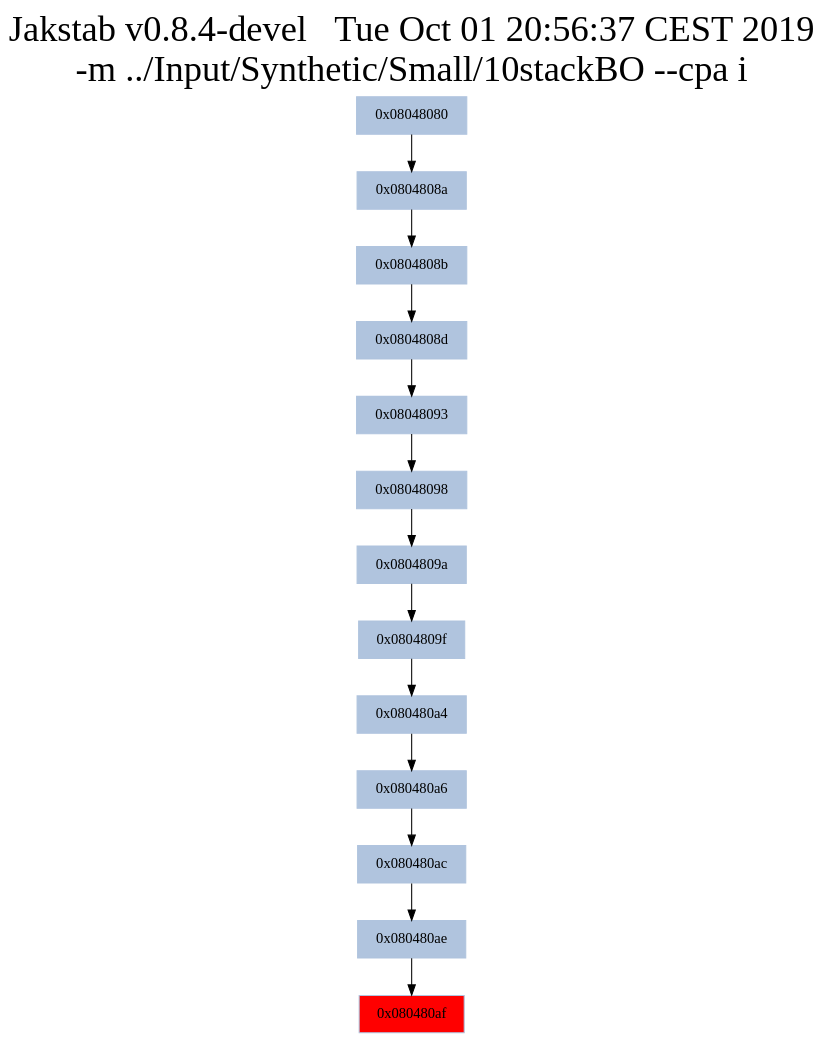
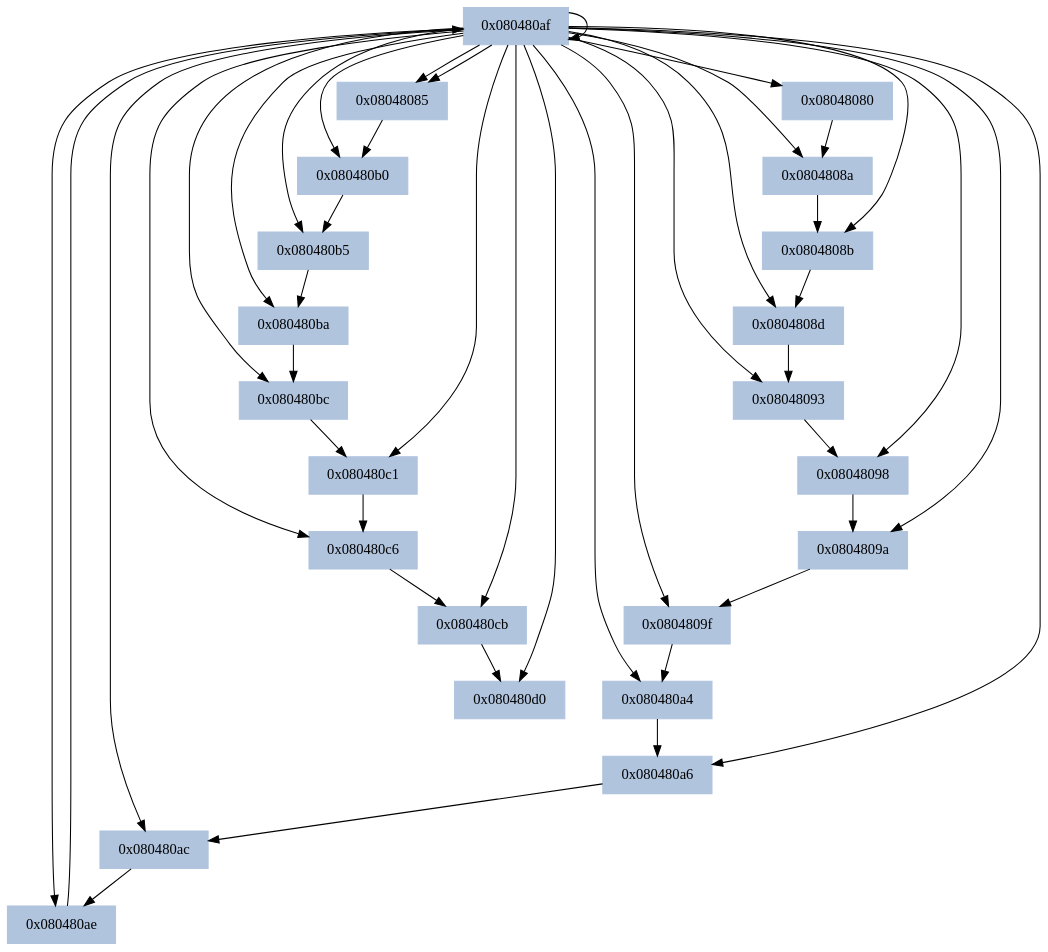
Before and after one commit to tpetersonkth/AlternatingControlFlowReconstruction: the diagram in Input/IdealCFAs/10stackBO_ideal.dot, drawn with Graphviz. The commit also changed 5 other files, not shown here.

Commit message:
Add ideal graphs for binaries containing true tops

```diff
--- a/Input/IdealCFAs/10stackBO_ideal.dot
+++ b/Input/IdealCFAs/10stackBO_ideal.dot
@@ -1,30 +1,70 @@
 digraph G {
 node[shape=rectangle,style=filled,fillcolor=lightsteelblue,color=lightsteelblue]
 bgcolor="transparent"
-graph [label="Jakstab v0.8.4-devel   Tue Oct 01 20:56:37 CEST 2019\n-m ../Input/Synthetic/Small/10stackBO --cpa i", labelloc=t, fontsize=35, pad=30]
+graph [label="", labelloc=t, fontsize=35, pad=30]
+"0x08048085"[label="0x08048085\n"];
 "0x080480a6"[label="0x080480a6\n"];
+"0x080480c6"[label="0x080480c6\n"];
+"0x080480c1"[label="0x080480c1\n"];
 "0x080480a4"[label="0x080480a4\n"];
+"0x0804808d"[label="0x0804808d\n"];
 "0x080480ae"[label="0x080480ae\n"];
-"0x080480af"[label="0x080480af\n",fillcolor="red"];
+"0x080480af"[label="0x080480af\n"];
+"0x080480d0"[label="0x080480d0\n"];
+"0x080480b0"[label="0x080480b0\n"];
+"0x0804808a"[label="0x0804808a\n"];
+"0x080480cb"[label="0x080480cb\n"];
+"0x0804808b"[label="0x0804808b\n"];
 "0x080480ac"[label="0x080480ac\n"];
-"0x08048080"[label="0x08048080\n"];
-"0x0804808d"[label="0x0804808d\n"];
-"0x0804808a"[label="0x0804808a\n"];
-"0x0804808b"[label="0x0804808b\n"];
+"0x080480b5"[label="0x080480b5\n"];
 "0x08048098"[label="0x08048098\n"];
 "0x08048093"[label="0x08048093\n"];
 "0x0804809f"[label="0x0804809f\n"];
+"0x08048080"[label="0x08048080\n"];
+"0x080480ba"[label="0x080480ba\n"];
 "0x0804809a"[label="0x0804809a\n"];
-"0x080480a6" -> "0x080480ac" [color="#000000"];
+"0x080480bc"[label="0x080480bc\n"];
+"0x080480ba" -> "0x080480bc" [color="#000000"];
 "0x08048093" -> "0x08048098" [color="#000000"];
-"0x080480ae" -> "0x080480af" [color="#000000"];
 "0x0804809f" -> "0x080480a4" [color="#000000"];
-"0x08048098" -> "0x0804809a" [color="#000000"];
-"0x080480ac" -> "0x080480ae" [color="#000000"];
-"0x0804808a" -> "0x0804808b" [color="#000000"];
-"0x0804809a" -> "0x0804809f" [color="#000000"];
+"0x080480a4" -> "0x080480a6" [color="#000000"];
 "0x0804808b" -> "0x0804808d" [color="#000000"];
-"0x080480a4" -> "0x080480a6" [color="#000000"];
 "0x08048080" -> "0x0804808a" [color="#000000"];
 "0x0804808d" -> "0x08048093" [color="#000000"];
+"0x080480c1" -> "0x080480c6" [color="#000000"];
+"0x08048098" -> "0x0804809a" [color="#000000"];
+"0x080480af" -> "0x08048085" [color="#000000"];
+"0x080480ae" -> "0x080480af" [color="#000000"];
+"0x080480b5" -> "0x080480ba" [color="#000000"];
+"0x0804809a" -> "0x0804809f" [color="#000000"];
+"0x0804808a" -> "0x0804808b" [color="#000000"];
+"0x08048085" -> "0x080480b0" [color="#000000"];
+"0x080480c6" -> "0x080480cb" [color="#000000"];
+"0x080480bc" -> "0x080480c1" [color="#000000"];
+"0x080480ac" -> "0x080480ae" [color="#000000"];
+"0x080480cb" -> "0x080480d0" [color="#000000"];
+"0x080480b0" -> "0x080480b5" [color="#000000"];
+"0x080480a6" -> "0x080480ac" [color="#000000"];
+"0x080480af" -> "0x08048080" [color="#000000"];
+"0x080480af" -> "0x08048085" [color="#000000"];
+"0x080480af" -> "0x0804808a" [color="#000000"];
+"0x080480af" -> "0x0804808b" [color="#000000"];
+"0x080480af" -> "0x0804808d" [color="#000000"];
+"0x080480af" -> "0x08048093" [color="#000000"];
+"0x080480af" -> "0x08048098" [color="#000000"];
+"0x080480af" -> "0x0804809a" [color="#000000"];
+"0x080480af" -> "0x0804809f" [color="#000000"];
+"0x080480af" -> "0x080480a4" [color="#000000"];
+"0x080480af" -> "0x080480a6" [color="#000000"];
+"0x080480af" -> "0x080480ac" [color="#000000"];
+"0x080480af" -> "0x080480ae" [color="#000000"];
+"0x080480af" -> "0x080480af" [color="#000000"];
+"0x080480af" -> "0x080480b0" [color="#000000"];
+"0x080480af" -> "0x080480b5" [color="#000000"];
+"0x080480af" -> "0x080480ba" [color="#000000"];
+"0x080480af" -> "0x080480bc" [color="#000000"];
+"0x080480af" -> "0x080480c1" [color="#000000"];
+"0x080480af" -> "0x080480c6" [color="#000000"];
+"0x080480af" -> "0x080480cb" [color="#000000"];
+"0x080480af" -> "0x080480d0" [color="#000000"];
 }
```
